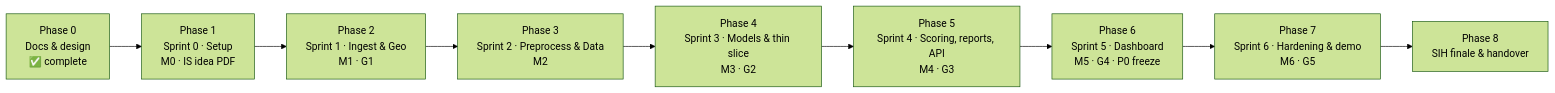
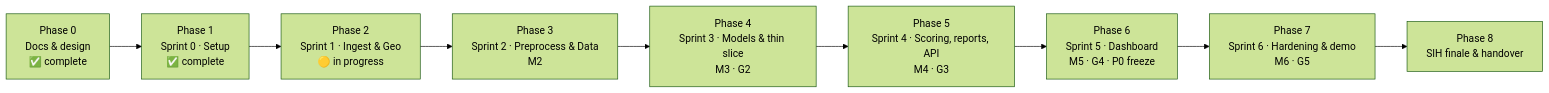
The diagram in TODO.md (Kalyan14s/sonarsentinel), drawn with Mermaid (forest theme) before and after one commit. The commit also changed other lines of this file and 43 other files, not shown here.

````diff
--- a/TODO.md
+++ b/TODO.md
@@ -18,11 +18,11 @@
 ```mermaid
 flowchart LR
-    P0["Phase 0<br/>Docs & design<br/>✅ complete"] --> P1["Phase 1<br/>Sprint 0 · Setup<br/>M0 · IS idea PDF"]
-    P1 --> P2["Phase 2<br/>Sprint 1 · Ingest & Geo<br/>M1 · G1"]
+    P0["Phase 0<br/>Docs & design<br/>✅ complete"] --> P1["Phase 1<br/>Sprint 0 · Setup<br/>✅ complete"]
+    P1 --> P2["Phase 2<br/>Sprint 1 · Ingest & Geo<br/>🟡 in progress"]
     P2 --> P3["Phase 3<br/>Sprint 2 · Preprocess & Data<br/>M2"]
     P3 --> P4["Phase 4<br/>Sprint 3 · Models & thin slice<br/>M3 · G2"]
     P4 --> P5["Phase 5<br/>Sprint 4 · Scoring, reports, API<br/>M4 · G3"]
     P5 --> P6["Phase 6<br/>Sprint 5 · Dashboard<br/>M5 · G4 · P0 freeze"]
     P6 --> P7["Phase 7<br/>Sprint 6 · Hardening & demo<br/>M6 · G5"]
     P7 --> P8["Phase 8<br/>SIH finale & handover"]
 ```
````
